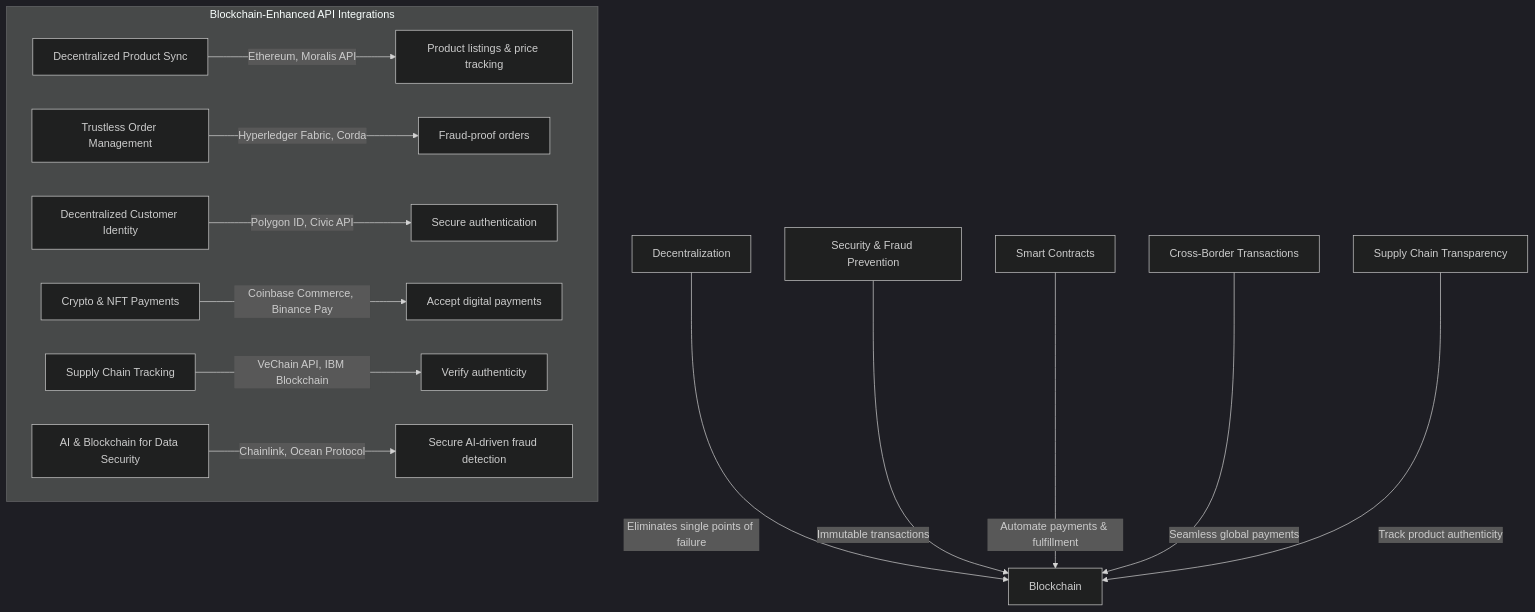
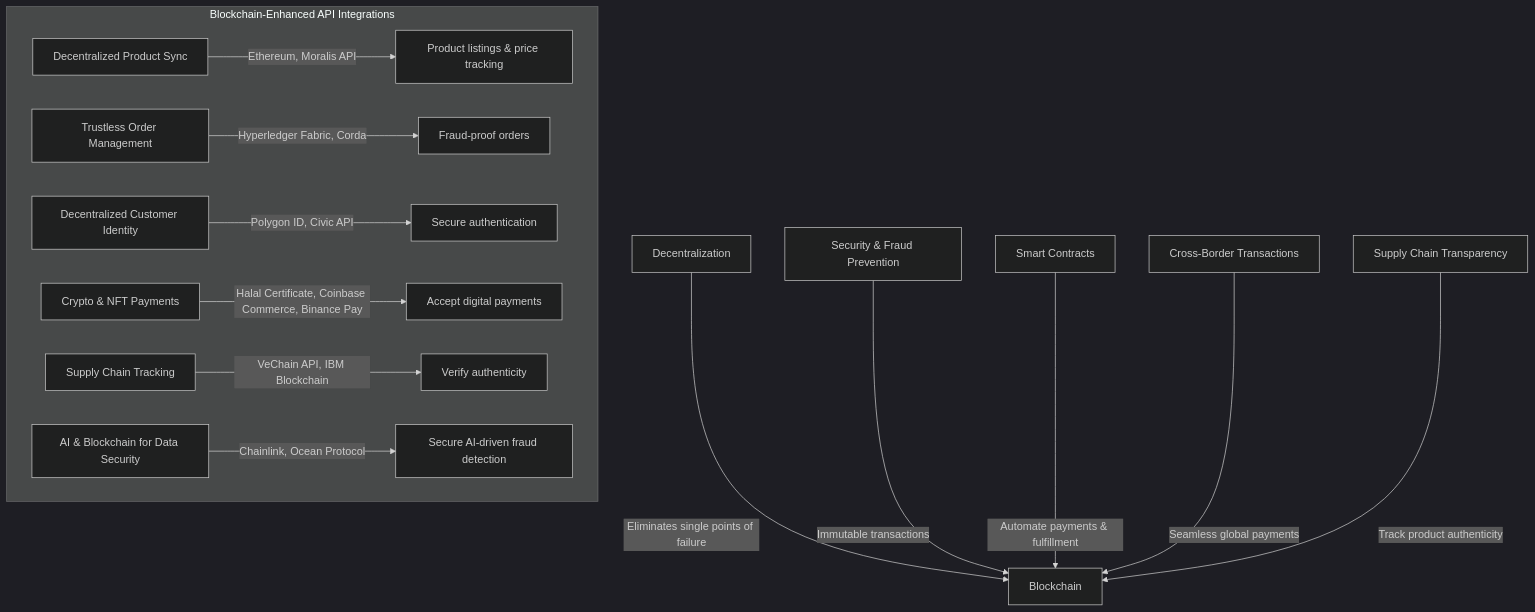
One commit to kk666679/marketplace-integration-tools changed the diagram in blockchain-roles.mmd. Above: the diagram before and after it, drawn with Mermaid (dark theme).

Commit message:
blockchain-roles.mmd

```diff
--- a/blockchain-roles.mmd
+++ b/blockchain-roles.mmd
@@ -1,15 +1,15 @@
 flowchart TD;
     A[Decentralization] -->|Eliminates single points of failure| B[Blockchain];
     A1[Security & Fraud Prevention] -->|Immutable transactions| B;
     A2[Smart Contracts] -->|Automate payments & fulfillment| B;
     A3[Cross-Border Transactions] -->|Seamless global payments| B;
     A4[Supply Chain Transparency] -->|Track product authenticity| B;
 
     subgraph Blockchain-Enhanced API Integrations
         B1[Decentralized Product Sync] -->|Ethereum, Moralis API| C1[Product listings & price tracking];
         B2[Trustless Order Management] -->|Hyperledger Fabric, Corda| C2[Fraud-proof orders];
         B3[Decentralized Customer Identity] -->|Polygon ID, Civic API| C3[Secure authentication];
-        B4[Crypto & NFT Payments] -->|Coinbase Commerce, Binance Pay| C4[Accept digital payments];
+        B4[Crypto & NFT Payments] -->|Halal Certificate, Coinbase Commerce, Binance Pay| C4[Accept digital payments];
         B5[Supply Chain Tracking] -->|VeChain API, IBM Blockchain| C5[Verify authenticity];
         B6[AI & Blockchain for Data Security] -->|Chainlink, Ocean Protocol| C6[Secure AI-driven fraud detection];
     end
```
